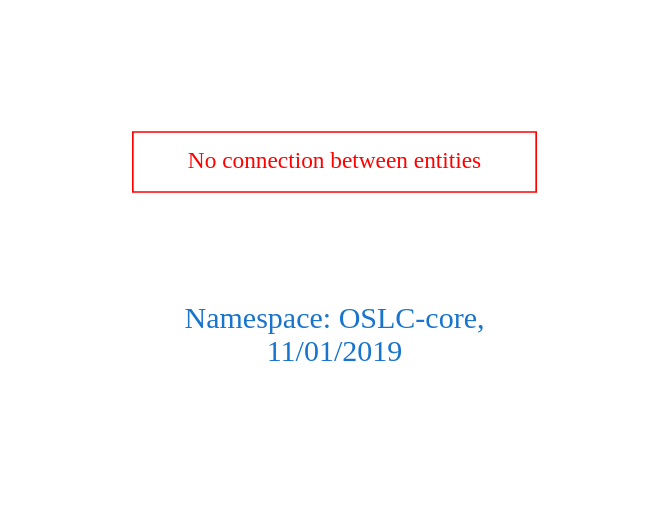
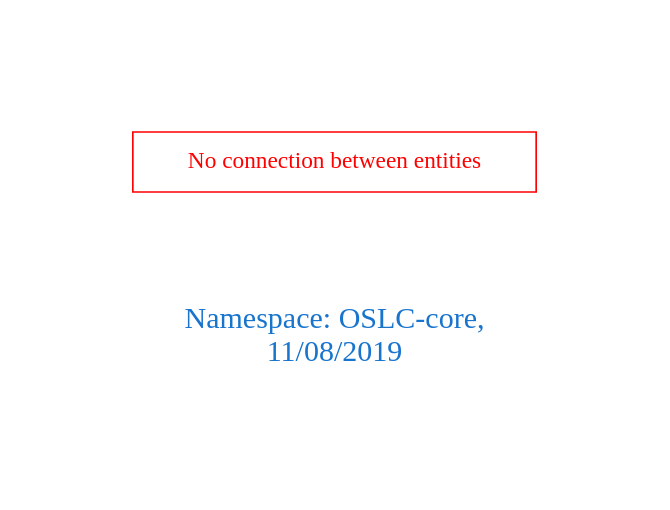
Before and after one commit to arago/OGIT: the diagram in downloads/OSLC-core.dot, drawn with Graphviz. The commit also changed 151 other files, not shown here.

```diff
--- a/downloads/OSLC-core.dot
+++ b/downloads/OSLC-core.dot
@@ -1,9 +1,9 @@
 digraph OGIT_ontology {
  graph [ rankdir= LR,pad=1 
 fontsize = 18,
-fontcolor= dodgerblue3,label = "\n\n\nNamespace: OSLC-core, \n 11/01/2019"];
+fontcolor= dodgerblue3,label = "\n\n\nNamespace: OSLC-core, \n 11/08/2019"];
 node[shape=polygon];
 edge [  color="gray81"];
 
 "No connection between entities" [fontcolor = "red",color="red", shape="polygon"]
 }
```
